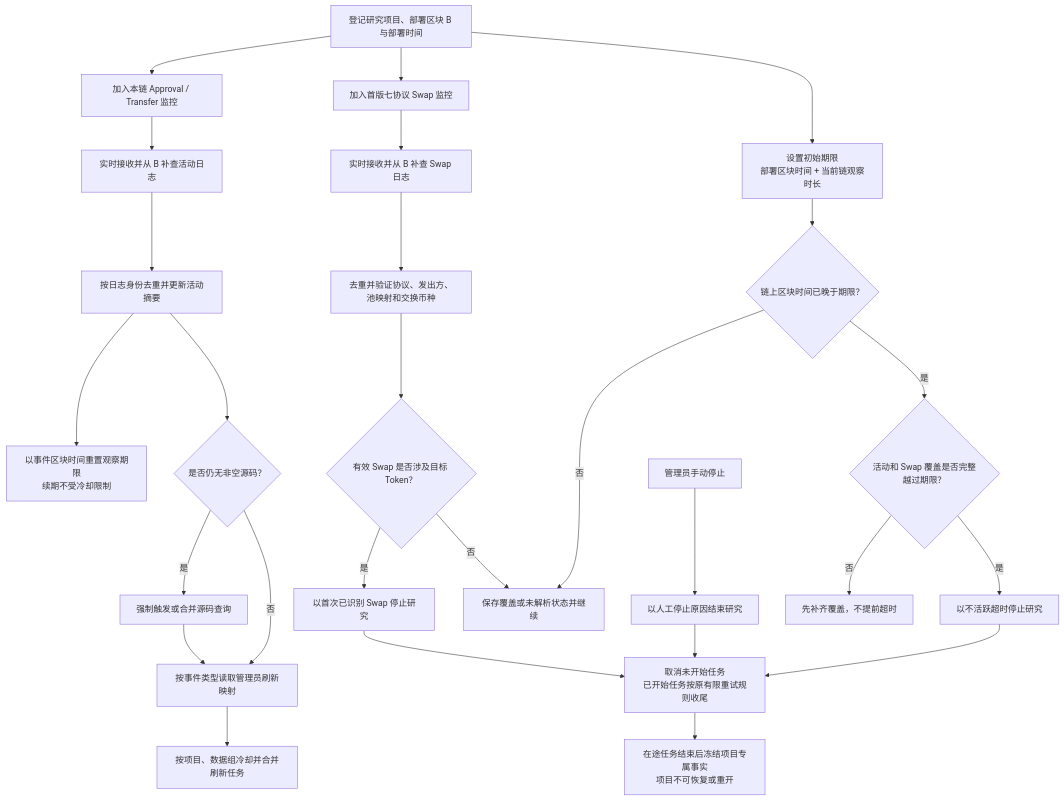
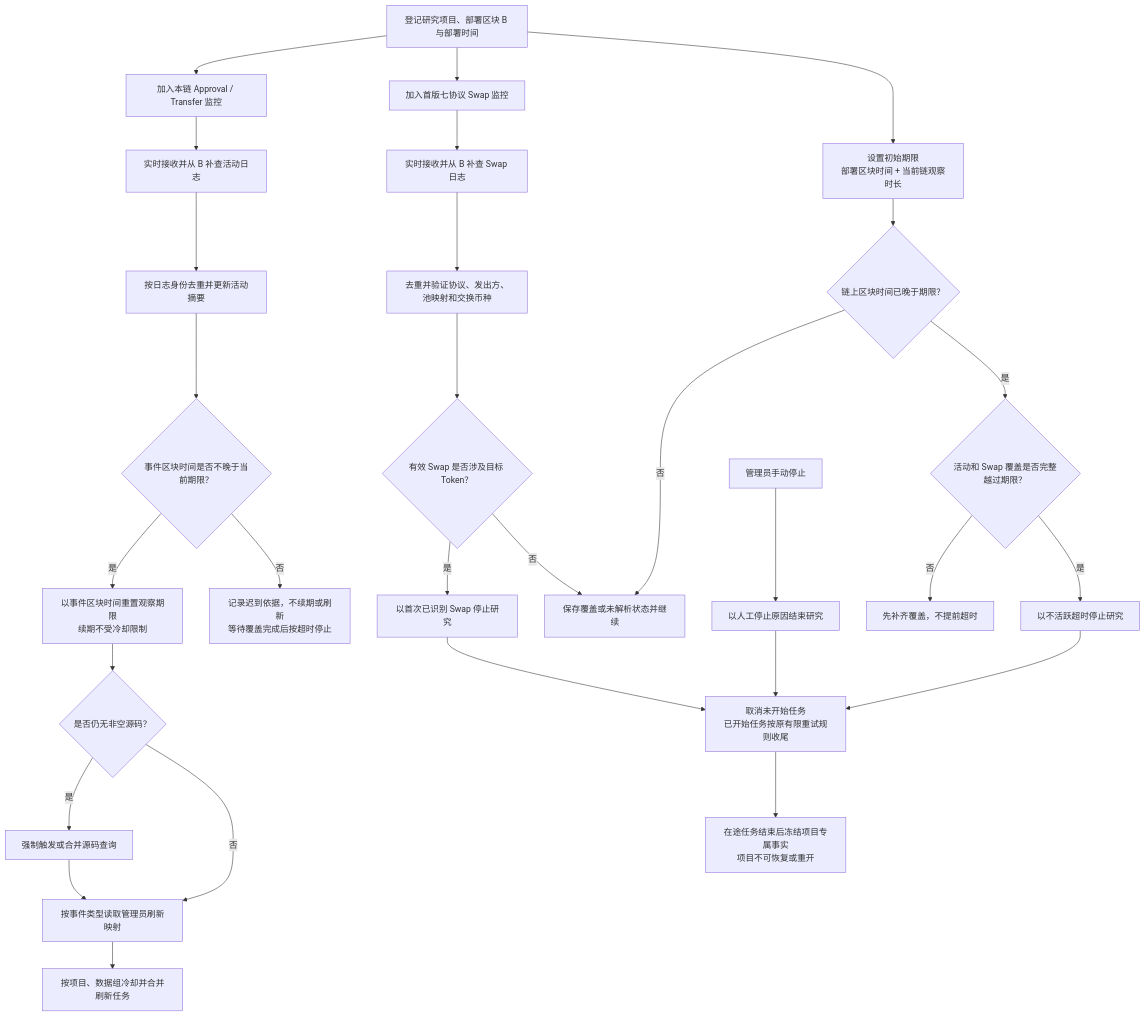
One commit to useryege/athena-o changed the diagram in docs/requirements/token/token-project-activity-flow.md. Above: the diagram before and after it, drawn with Mermaid. The commit also changed other lines of this file and 16 other files, not shown here.

````diff
--- a/docs/requirements/token/token-project-activity-flow.md
+++ b/docs/requirements/token/token-project-activity-flow.md
@@ -23,33 +23,35 @@
 ```mermaid
 flowchart TD
     project["登记研究项目、部署区块 B 与部署时间"] --> activityTarget["加入本链 Approval / Transfer 监控"]
     project --> swapTarget["加入首版七协议 Swap 监控"]
     project --> deadline["设置初始期限<br/>部署区块时间 + 当前链观察时长"]
 
     activityTarget --> receiveActivity["实时接收并从 B 补查活动日志"]
     receiveActivity --> dedupeActivity["按日志身份去重并更新活动摘要"]
-    dedupeActivity --> renew["以事件区块时间重置观察期限<br/>续期不受冷却限制"]
-    dedupeActivity --> source{"是否仍无非空源码？"}
+    dedupeActivity --> activityEligible{"事件区块时间是否不晚于当前期限？"}
+    activityEligible -->|是| renew["以事件区块时间重置观察期限<br/>续期不受冷却限制"]
+    activityEligible -->|否| late["记录迟到依据，不续期或刷新<br/>等待覆盖完成后按超时停止"]
+    renew --> source{"是否仍无非空源码？"}
     source -->|是| fetch["强制触发或合并源码查询"]
     source -->|否| configured["按事件类型读取管理员刷新映射"]
     fetch --> configured
     configured --> refresh["按项目、数据组冷却并合并刷新任务"]
 
     swapTarget --> receiveSwap["实时接收并从 B 补查 Swap 日志"]
     receiveSwap --> verify["去重并验证协议、发出方、池映射和交换币种"]
     verify --> involved{"有效 Swap 是否涉及目标 Token？"}
     involved -->|是| stopSwap["以首次已识别 Swap 停止研究"]
     involved -->|否| continue["保存覆盖或未解析状态并继续"]
 
     deadline --> expiryCheck{"链上区块时间已晚于期限？"}
     expiryCheck -->|否| continue
     expiryCheck -->|是| covered{"活动和 Swap 覆盖是否完整越过期限？"}
     covered -->|否| catchup["先补齐覆盖，不提前超时"]
     covered -->|是| stopTimeout["以不活跃超时停止研究"]
     admin["管理员手动停止"] --> stopManual["以人工停止原因结束研究"]
 
     stopSwap --> settle["取消未开始任务<br/>已开始任务按原有限重试规则收尾"]
     stopTimeout --> settle
     stopManual --> settle
     settle --> freeze["在途任务结束后冻结项目专属事实<br/>项目不可恢复或重开"]
 ```
````
